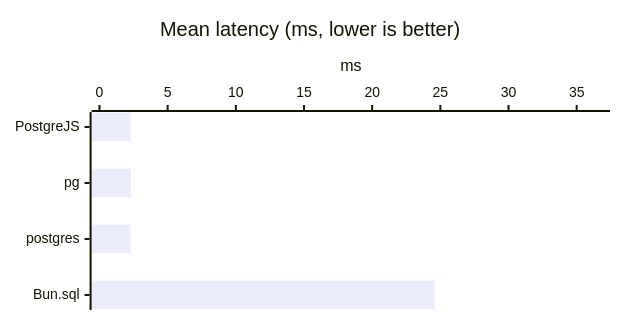
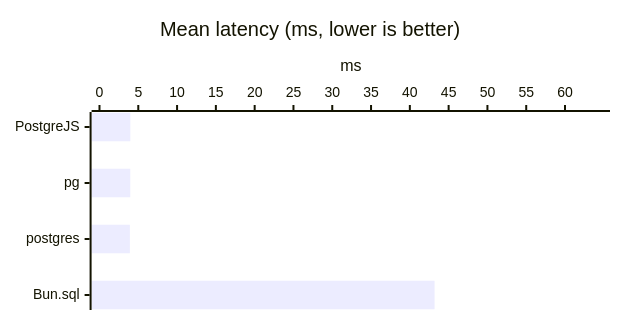
Before and after one commit to panates/postgrejs: the seventh of 47 diagrams in doc/BENCHMARKS-bun.md, drawn with Mermaid. The commit also changed other lines of this file and 1 other file, not shown here.

````diff
--- a/doc/BENCHMARKS-bun.md
+++ b/doc/BENCHMARKS-bun.md
@@ -210,8 +225,8 @@
 ```mermaid
 %%{init: {'xyChart': {'width': 600, 'height': 300, 'chartOrientation': 'horizontal'}}}%%
 xychart-beta
     title "Mean latency (ms, lower is better)"
     x-axis ["PostgreJS", "pg", "postgres", "Bun.sql"]
-    y-axis "ms" 0.0000 --> 36.8650
-    bar [2.2775, 2.3169, 2.2742, 24.5767]
+    y-axis "ms" 0.0000 --> 64.7804
+    bar [3.9765, 3.9707, 3.9160, 43.1869]
 ```
````
